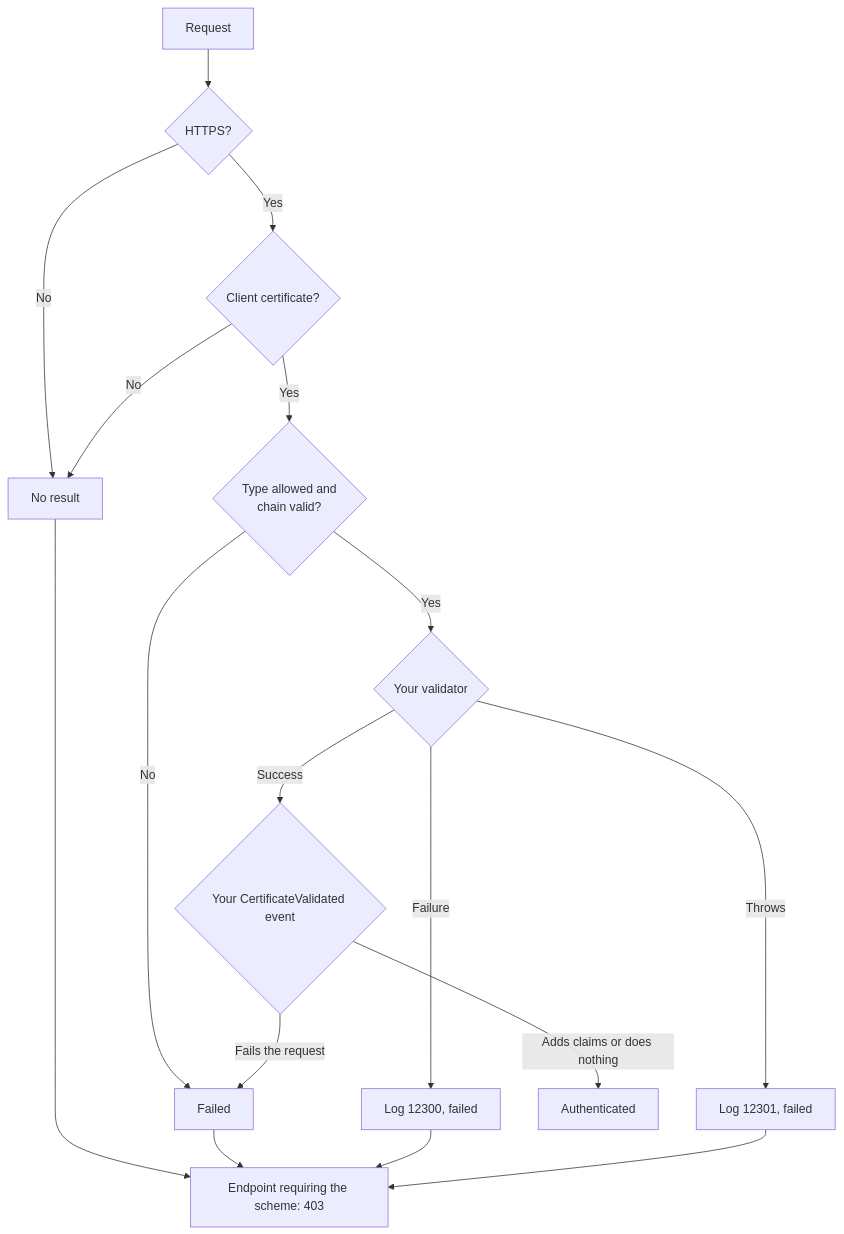
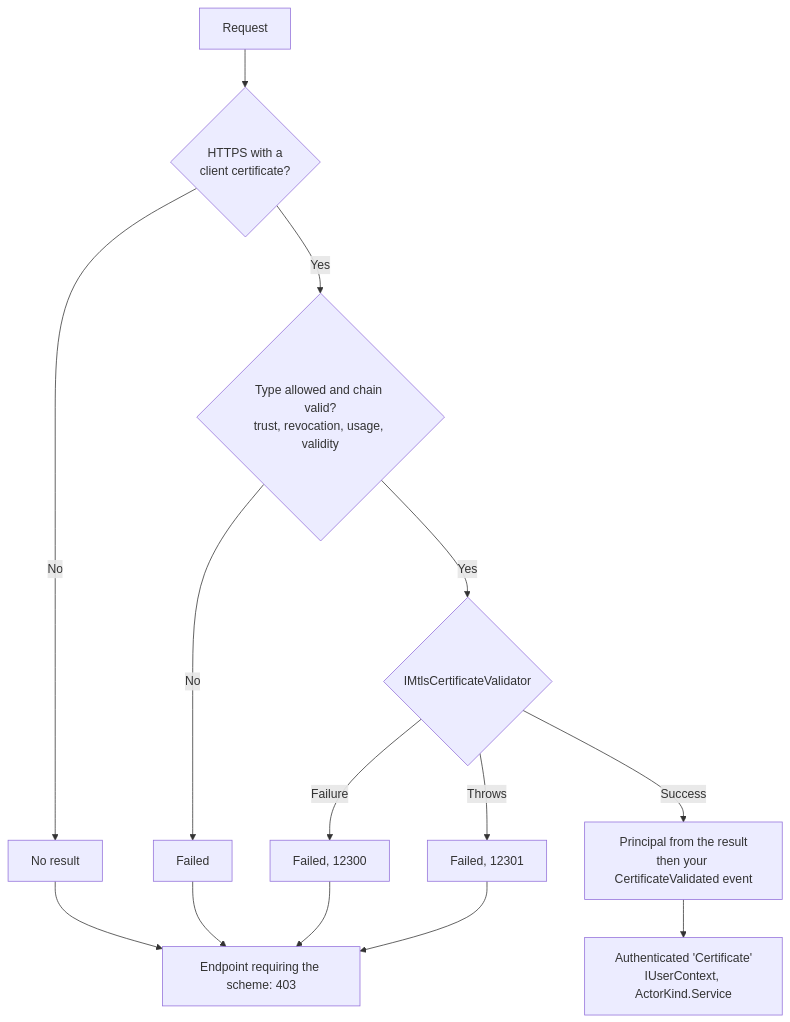
One commit to Gresta-Vertex-Labs/platform-shared-kernel changed the diagram in 12.Security/SharedKernel.Security.Mtls/README.md. Above: the diagram before and after it, drawn with Mermaid. The commit also changed other lines of this file and 639 other files, not shown here.

````diff
--- a/12.Security/SharedKernel.Security.Mtls/README.md
+++ b/12.Security/SharedKernel.Security.Mtls/README.md
@@ -184,19 +109,16 @@
 ```mermaid
 flowchart TD
-    R["Request"] --> S{"HTTPS?"}
+    R["Request"] --> S{"HTTPS with a<br/>client certificate?"}
     S -->|No| N["No result"]
-    S -->|Yes| C{"Client certificate?"}
-    C -->|No| N
-    C -->|Yes| T{"Type allowed and<br/>chain valid?"}
+    S -->|Yes| T{"Type allowed and chain valid?<br/>trust, revocation, usage, validity"}
     T -->|No| F["Failed"]
-    T -->|Yes| V{"Your validator"}
-    V -->|Failure| L["Log 12300, failed"]
-    V -->|Throws| X["Log 12301, failed"]
-    V -->|Success| E{"Your CertificateValidated event"}
-    E -->|Fails the request| F
-    E -->|Adds claims or does nothing| OK["Authenticated"]
-    N --> P["Endpoint requiring the scheme: 403"]
-    F --> P
-    L --> P
-    X --> P
+    T -->|Yes| V{"IMtlsCertificateValidator"}
+    V -->|Failure| L["Failed, 12300"]
+    V -->|Throws| X["Failed, 12301"]
+    V -->|Success| P["Principal from the result<br/>then your CertificateValidated event"]
+    P --> OK["Authenticated 'Certificate'<br/>IUserContext, ActorKind.Service"]
+    N --> Q["Endpoint requiring the scheme: 403"]
+    F --> Q
+    L --> Q
+    X --> Q
 ```
````
